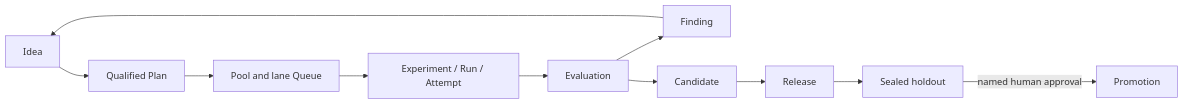
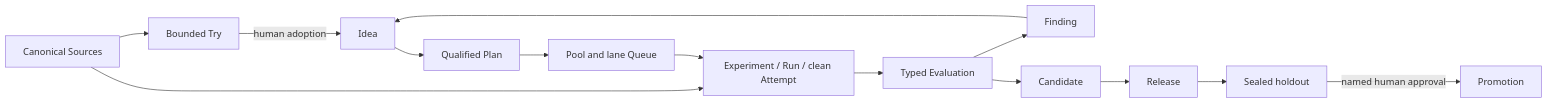
Before and after one commit to daviddwlee84/exp-cli: the diagram in docs/index.md, drawn with Mermaid. The commit also changed other lines of this file and 262 other files, not shown here.

````diff
--- a/docs/index.md
+++ b/docs/index.md
@@ -13,13 +15,16 @@
 ```mermaid
 flowchart LR
-  I[Idea] --> P[Qualified Plan]
+  S[Canonical Sources] --> T[Bounded Try]
+  T -->|human adoption| I[Idea]
+  S --> X
+  I --> P[Qualified Plan]
   P --> Q[Pool and lane Queue]
-  Q --> X[Experiment / Run / Attempt]
-  X --> E[Evaluation]
+  Q --> X[Experiment / Run / clean Attempt]
+  X --> E[Typed Evaluation]
   E --> F[Finding]
   F --> I
   E --> C[Candidate]
   C --> R[Release]
   R --> H[Sealed holdout]
   H -->|named human approval| M[Promotion]
 ```
````
